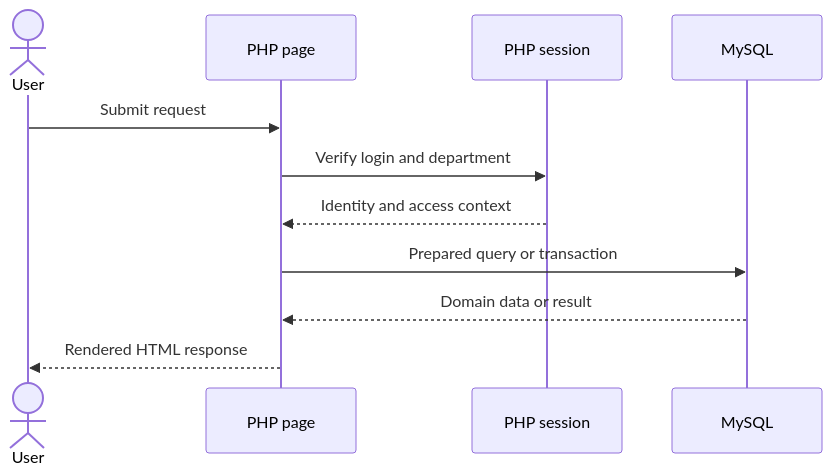
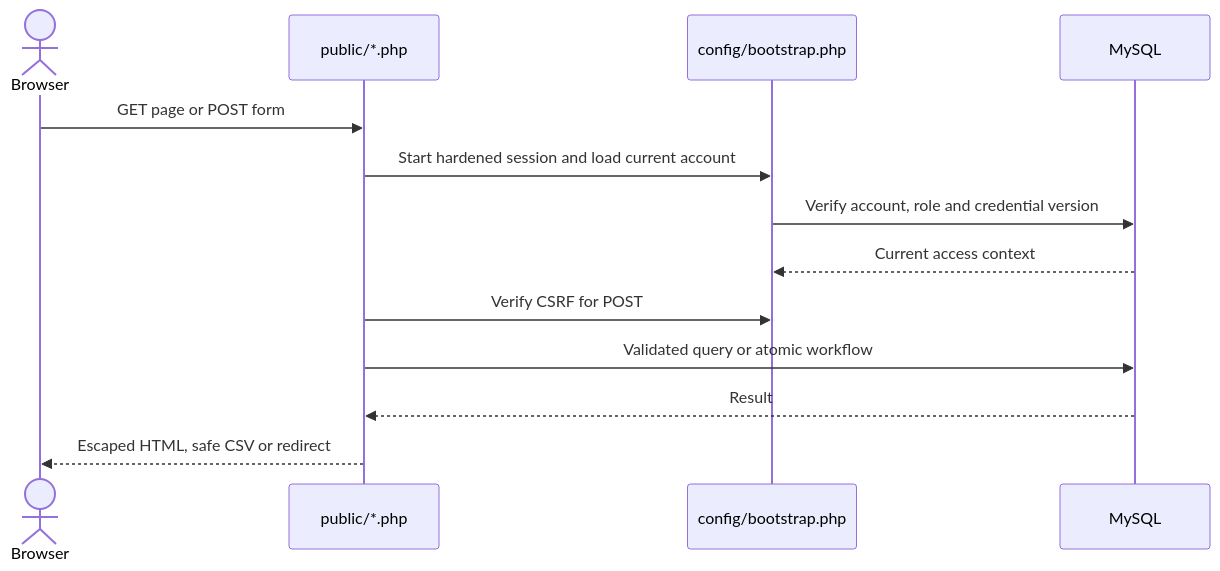
Before and after one commit to Dongmyung378/Company-Website-Assignment: the diagram in docs/ARCHITECTURE.md, drawn with Mermaid. The commit also changed other lines of this file and 68 other files, not shown here.

````diff
--- a/docs/ARCHITECTURE.md
+++ b/docs/ARCHITECTURE.md
@@ -13,14 +9,15 @@
-```mermaid
+~~~mermaid
 sequenceDiagram
-    actor User
-    participant Page as PHP page
-    participant Session as PHP session
+    actor Browser
+    participant Page as public/*.php
+    participant Guard as config/bootstrap.php
     participant DB as MySQL
-
-    User->>Page: Submit request
-    Page->>Session: Verify login and department
-    Session-->>Page: Identity and access context
-    Page->>DB: Prepared query or transaction
-    DB-->>Page: Domain data or result
-    Page-->>User: Rendered HTML response
-```
+    Browser->>Page: GET page or POST form
+    Page->>Guard: Start hardened session and load current account
+    Guard->>DB: Verify account, role and credential version
+    DB-->>Guard: Current access context
+    Page->>Guard: Verify CSRF for POST
+    Page->>DB: Validated query or atomic workflow
+    DB-->>Page: Result
+    Page-->>Browser: Escaped HTML, safe CSV or redirect
+~~~
````
